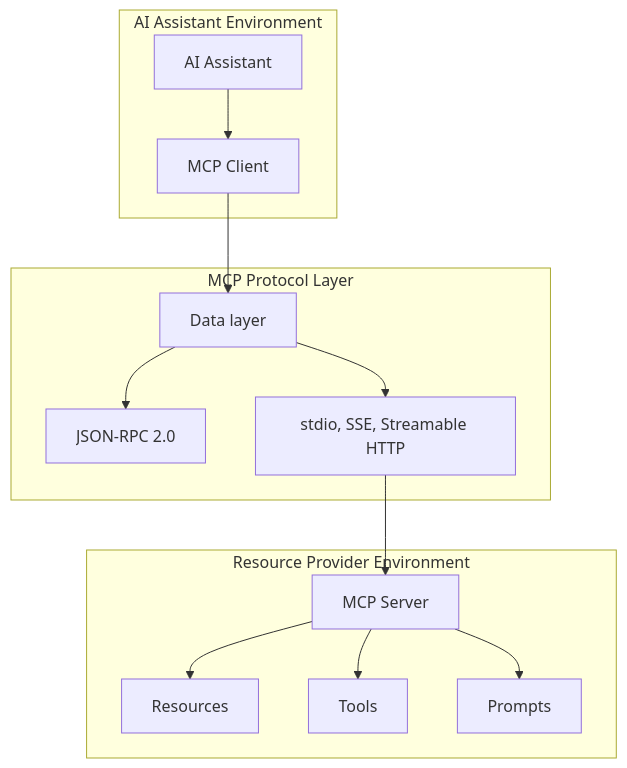
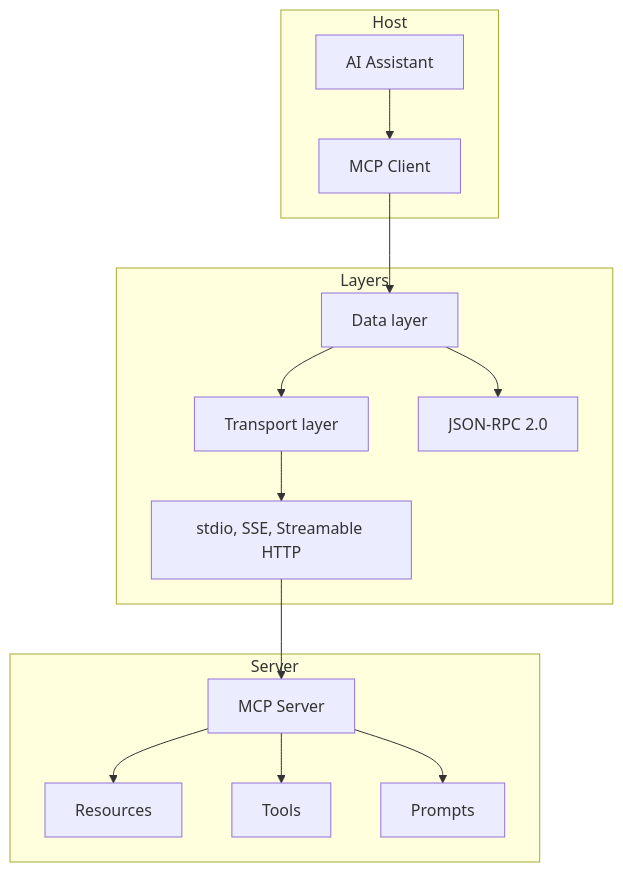
Before and after one commit to slashkhamim/mcp: the diagram in docs/01-CoreConcepts/overview.md, drawn with Mermaid. The commit also changed other lines of this file and 4 other files, not shown here.

Commit message:
docs: reorganize core concepts with improved architecture diagrams

````diff
--- a/docs/01-CoreConcepts/overview.md
+++ b/docs/01-CoreConcepts/overview.md
@@ -14,19 +19,20 @@
 ```mermaid
 graph TB
-    subgraph "AI Assistant Environment"
+    subgraph "Host"
         A[AI Assistant] --> B[MCP Client]
     end
     
-    subgraph "MCP Protocol Layer"
+    subgraph "Layers"
         B --> data[Data layer]
+        data --> trasport[Transport layer]
         data --> server[JSON-RPC 2.0]
-        data --> transport[stdio, SSE, Streamable HTTP]
+        trasport --> mechanisms[stdio, SSE, Streamable HTTP]
     end
     
-    subgraph "Resource Provider Environment"
-        transport --> D[MCP Server]
+    subgraph "Server"
+        mechanisms --> D[MCP Server]
         D --> E[Resources]
         D --> F[Tools]
         D --> G[Prompts]
     end
 ```
````
